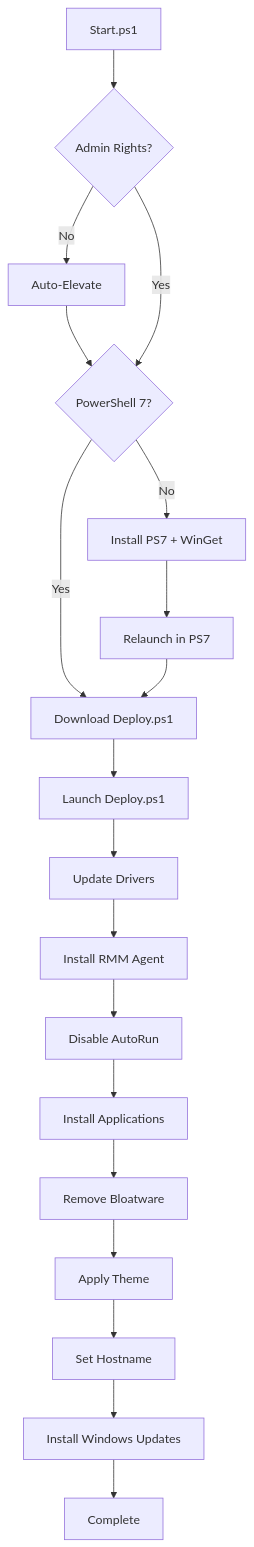
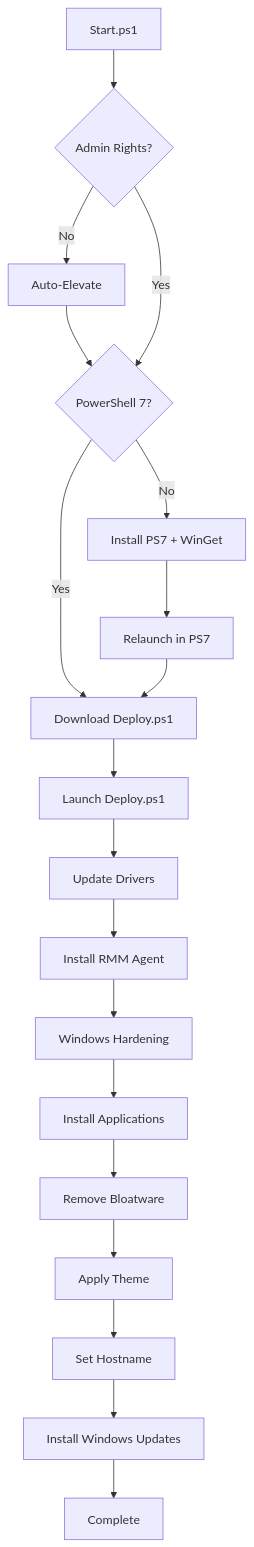
One commit to Stensel8/WinDeploy changed the diagram in README.md. Above: the diagram before and after it, drawn with Mermaid. The commit also changed 12 other files, not shown here.

````diff
--- a/README.md
+++ b/README.md
@@ -49,21 +49,21 @@
 ```mermaid
 graph TD
     A[Start.ps1] --> B{Admin Rights?}
     B -->|No| C[Auto-Elevate]
     C --> D{PowerShell 7?}
     B -->|Yes| D
     D -->|No| E[Install PS7 + WinGet]
     E --> F[Relaunch in PS7]
     D -->|Yes| G[Download Deploy.ps1]
     F --> G
     G --> H[Launch Deploy.ps1]
     H --> I[Update Drivers]
     I --> J[Install RMM Agent]
-    J --> K[Disable AutoRun]
+    J --> K[Windows Hardening]
     K --> L[Install Applications]
     L --> M[Remove Bloatware]
     M --> N[Apply Theme]
     N --> O[Set Hostname]
     O --> P[Install Windows Updates]
     P --> Q[Complete]
 ```
````
